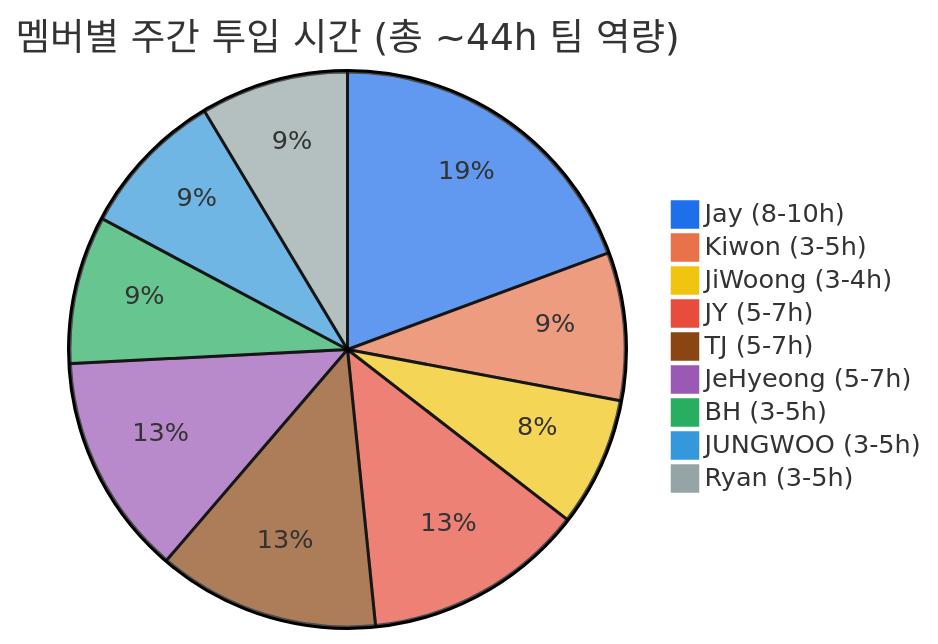
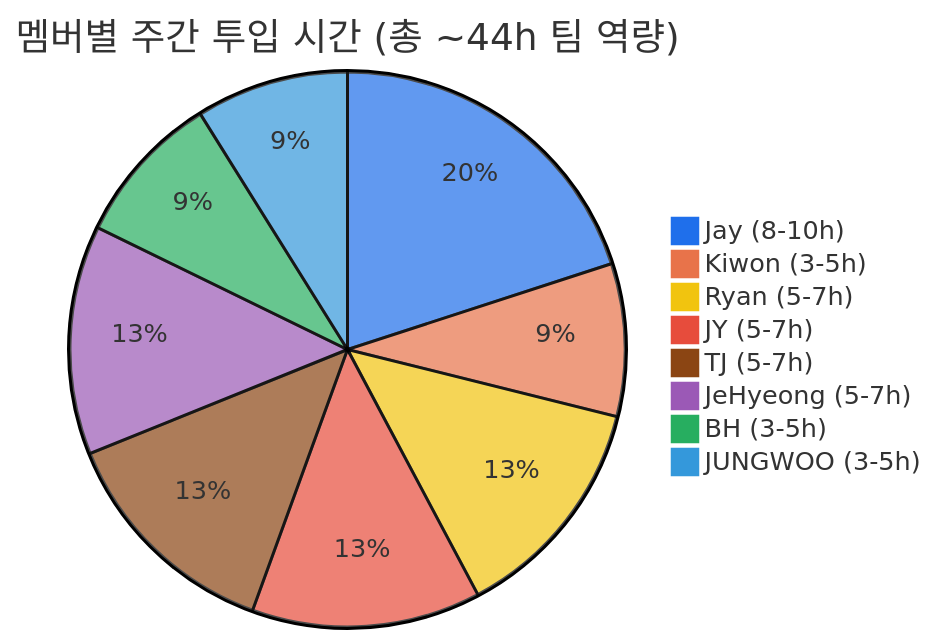
Before and after one commit to JeHyeong2/hypeprooflab: the diagram in products/hypeproof-workflow-diagrams/d7-color.mmd, drawn with Mermaid. The commit also changed 35 other files, not shown here.

First line of the commit message:
fix: merge JiWoong→Ryan, add Academy pipeline, 8 members

```diff
--- a/products/hypeproof-workflow-diagrams/d7-color.mmd
+++ b/products/hypeproof-workflow-diagrams/d7-color.mmd
@@ -1,11 +1,10 @@
-%%{init: {'theme': 'base', 'themeVariables': {'pie1': '#1f6feb', 'pie2': '#e8734a', 'pie3': '#f1c40f', 'pie4': '#e74c3c', 'pie5': '#8b4513', 'pie6': '#9b59b6', 'pie7': '#27ae60', 'pie8': '#3498db', 'pie9': '#95a5a6'}}}%%
+%%{init: {'theme': 'base', 'themeVariables': {'pie1': '#1f6feb', 'pie2': '#e8734a', 'pie3': '#f1c40f', 'pie4': '#e74c3c', 'pie5': '#8b4513', 'pie6': '#9b59b6', 'pie7': '#27ae60', 'pie8': '#3498db'}}}%%
 pie title 멤버별 주간 투입 시간 (총 ~44h 팀 역량)
     "Jay (8-10h)" : 9
     "Kiwon (3-5h)" : 4
-    "JiWoong (3-4h)" : 3.5
+    "Ryan (5-7h)" : 6
     "JY (5-7h)" : 6
     "TJ (5-7h)" : 6
     "JeHyeong (5-7h)" : 6
     "BH (3-5h)" : 4
     "JUNGWOO (3-5h)" : 4
-    "Ryan (3-5h)" : 4
```
